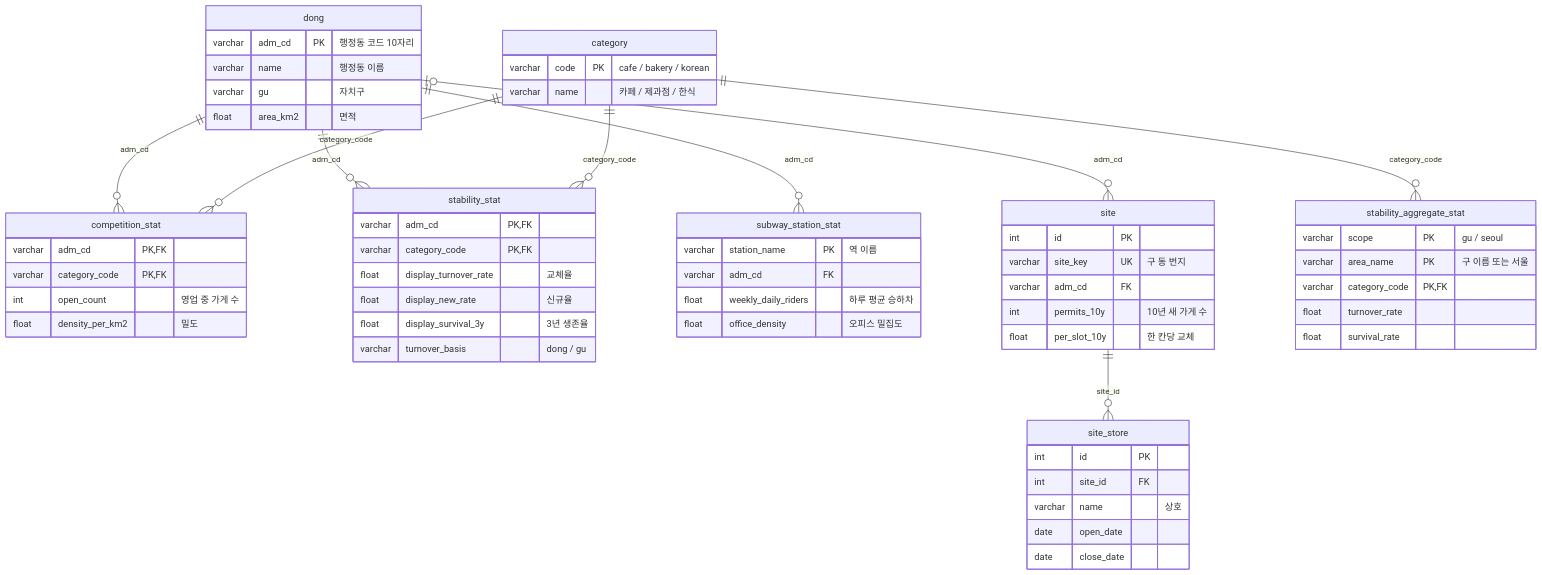
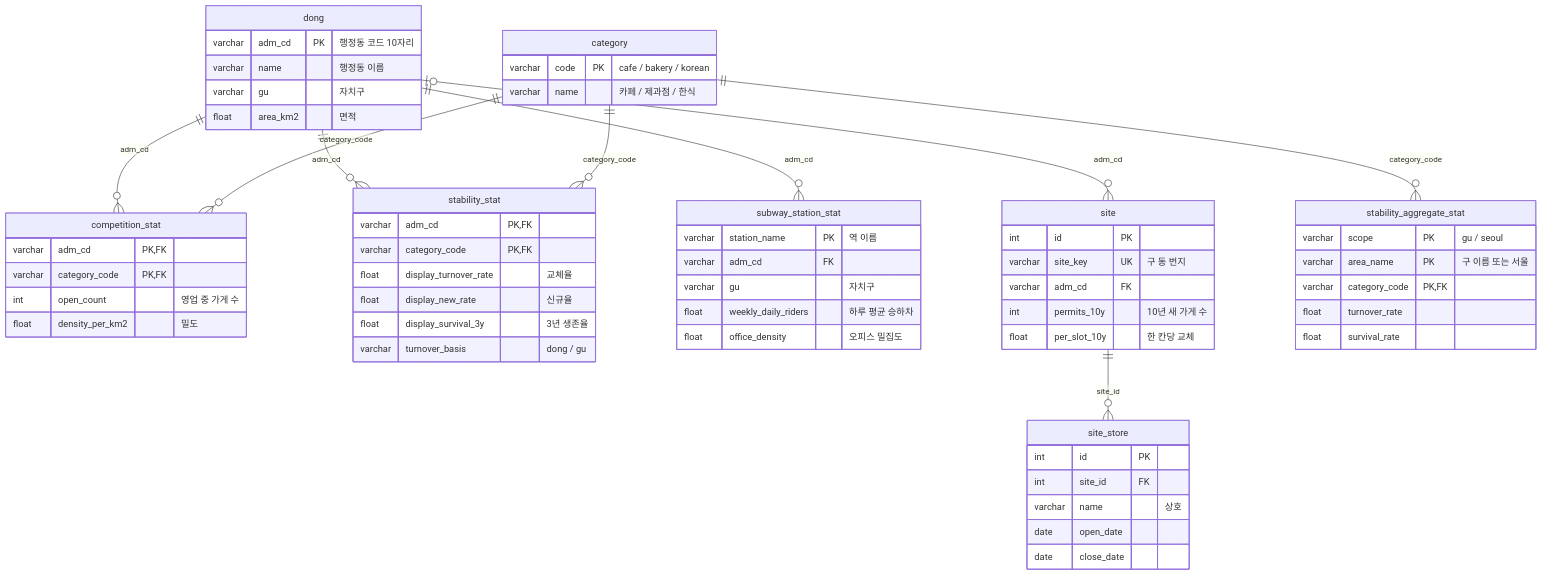
The diagram in docs/db-tables.md (chloeyschung/where-to-open), drawn with Mermaid before and after one commit. The commit also changed other lines of this file, not shown here.

````diff
--- a/docs/db-tables.md
+++ b/docs/db-tables.md
@@ -13,63 +13,64 @@
 ```mermaid
 erDiagram
     dong ||--o{ competition_stat : "adm_cd"
     dong ||--o{ stability_stat : "adm_cd"
     dong ||--o{ subway_station_stat : "adm_cd"
     dong |o--o{ site : "adm_cd"
     category ||--o{ competition_stat : "category_code"
     category ||--o{ stability_stat : "category_code"
     category ||--o{ stability_aggregate_stat : "category_code"
     site ||--o{ site_store : "site_id"
 
     dong {
         varchar adm_cd PK "행정동 코드 10자리"
         varchar name "행정동 이름"
         varchar gu "자치구"
         float area_km2 "면적"
     }
     category {
         varchar code PK "cafe / bakery / korean"
         varchar name "카페 / 제과점 / 한식"
     }
     competition_stat {
         varchar adm_cd PK,FK
         varchar category_code PK,FK
         int open_count "영업 중 가게 수"
         float density_per_km2 "밀도"
     }
     stability_stat {
         varchar adm_cd PK,FK
         varchar category_code PK,FK
         float display_turnover_rate "교체율"
         float display_new_rate "신규율"
         float display_survival_3y "3년 생존율"
         varchar turnover_basis "dong / gu"
     }
     stability_aggregate_stat {
         varchar scope PK "gu / seoul"
         varchar area_name PK "구 이름 또는 서울"
         varchar category_code PK,FK
         float turnover_rate
         float survival_rate
     }
     subway_station_stat {
         varchar station_name PK "역 이름"
         varchar adm_cd FK
+        varchar gu "자치구"
         float weekly_daily_riders "하루 평균 승하차"
         float office_density "오피스 밀집도"
     }
     site {
         int id PK
         varchar site_key UK "구 동 번지"
         varchar adm_cd FK
         int permits_10y "10년 새 가게 수"
         float per_slot_10y "한 칸당 교체"
     }
     site_store {
         int id PK
         int site_id FK
         varchar name "상호"
         date open_date
         date close_date
     }
 ```
````
